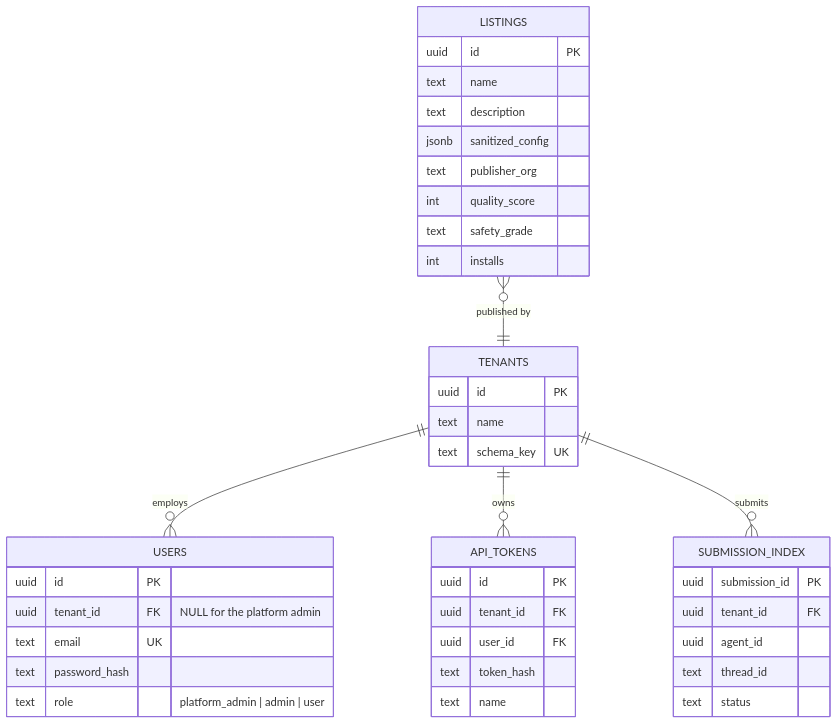
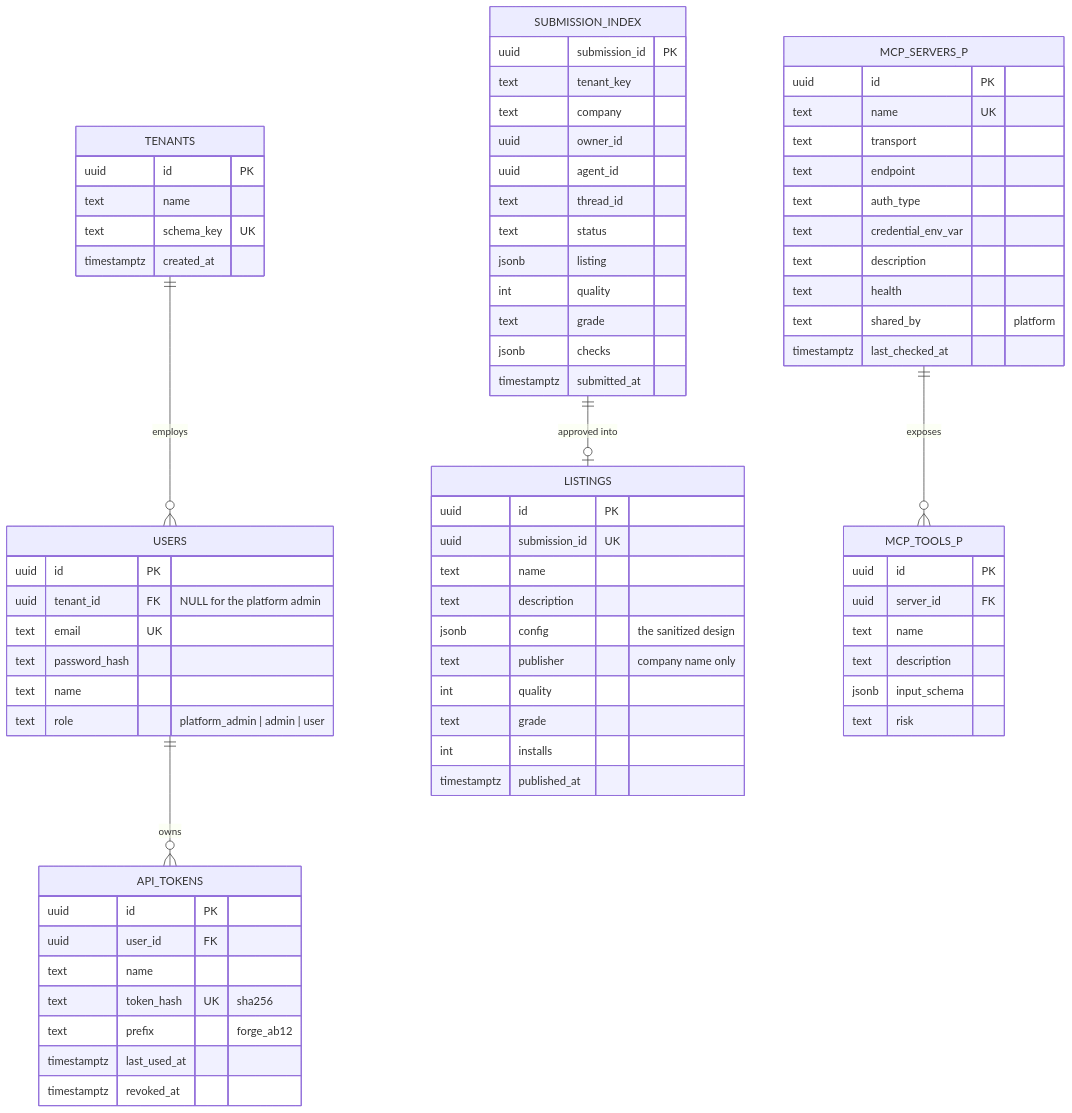
The tenth of 15 diagrams in docs/DESIGN.md (Shivanilarokar/AgentPlatformCapstone), drawn with Mermaid before and after one commit. The commit also changed other lines of this file and 44 other files, not shown here.

Commit message:
Builder says what the registry lacks; company admin shares servers; readable *_by columns; sign-up create/join; docs and report as built

````diff
--- a/docs/DESIGN.md
+++ b/docs/DESIGN.md
@@ -418,44 +367,15 @@
 ```mermaid
 erDiagram
     TENANTS ||--o{ USERS : employs
-    TENANTS ||--o{ API_TOKENS : owns
-    TENANTS ||--o{ SUBMISSION_INDEX : submits
-    LISTINGS }o--|| TENANTS : "published by"
+    USERS ||--o{ API_TOKENS : owns
+    SUBMISSION_INDEX ||--o| LISTINGS : "approved into"
+    MCP_SERVERS_P ||--o{ MCP_TOOLS_P : exposes
 
-    TENANTS {
-        uuid id PK
-        text name
-        text schema_key UK
-    }
-    USERS {
-        uuid id PK
-        uuid tenant_id FK "NULL for the platform admin"
-        text email UK
-        text password_hash
-        text role "platform_admin | admin | user"
-    }
-    API_TOKENS {
-        uuid id PK
-        uuid tenant_id FK
-        uuid user_id FK
-        text token_hash
-        text name
-    }
-    LISTINGS {
-        uuid id PK
-        text name
-        text description
-        jsonb sanitized_config
-        text publisher_org
-        int quality_score
-        text safety_grade
-        int installs
-    }
-    SUBMISSION_INDEX {
-        uuid submission_id PK
-        uuid tenant_id FK
-        uuid agent_id
-        text thread_id
-        text status
-    }
+    TENANTS { uuid id PK  text name  text schema_key UK  timestamptz created_at }
+    USERS { uuid id PK  uuid tenant_id FK "NULL for the platform admin"  text email UK  text password_hash  text name  text role "platform_admin | admin | user" }
+    API_TOKENS { uuid id PK  uuid user_id FK  text name  text token_hash UK "sha256"  text prefix "forge_ab12"  timestamptz last_used_at  timestamptz revoked_at }
+    MCP_SERVERS_P { uuid id PK  text name UK  text transport  text endpoint  text auth_type  text credential_env_var  text description  text health  text shared_by "platform"  timestamptz last_checked_at }
+    MCP_TOOLS_P { uuid id PK  uuid server_id FK  text name  text description  jsonb input_schema  text risk }
+    SUBMISSION_INDEX { uuid submission_id PK  text tenant_key  text company  uuid owner_id  uuid agent_id  text thread_id  text status  jsonb listing  int quality  text grade  jsonb checks  timestamptz submitted_at }
+    LISTINGS { uuid id PK  uuid submission_id UK  text name  text description  jsonb config "the sanitized design"  text publisher "company name only"  int quality  text grade  int installs  timestamptz published_at }
 ```
````
